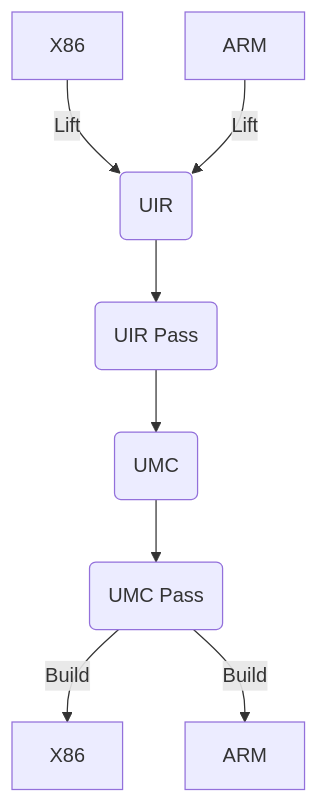
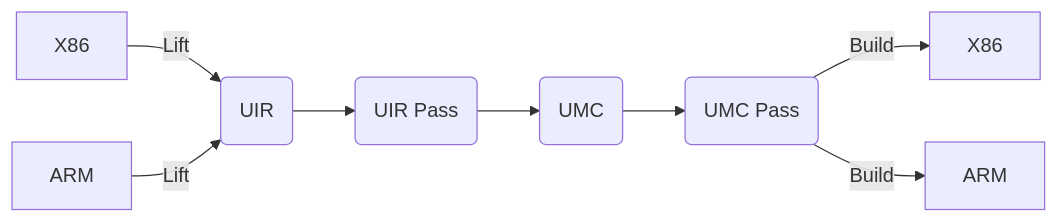
Before and after one commit to NewWorldComingSoon/UnknownRebuilder: the diagram in README.md, drawn with Mermaid.

````diff
--- a/README.md
+++ b/README.md
@@ -8,14 +8,14 @@
 ```mermaid
-graph TD
+flowchart LR
 
 A1[X86] -->|Lift| B(UIR)
 A2[ARM] -->|Lift| B(UIR)
 
 B -->C(UIR Pass)
 C -->D(UMC)
 D -->E(UMC Pass)
 
 E -->|Build| F1[X86]
 E -->|Build| F2[ARM]
 
 ```
````
